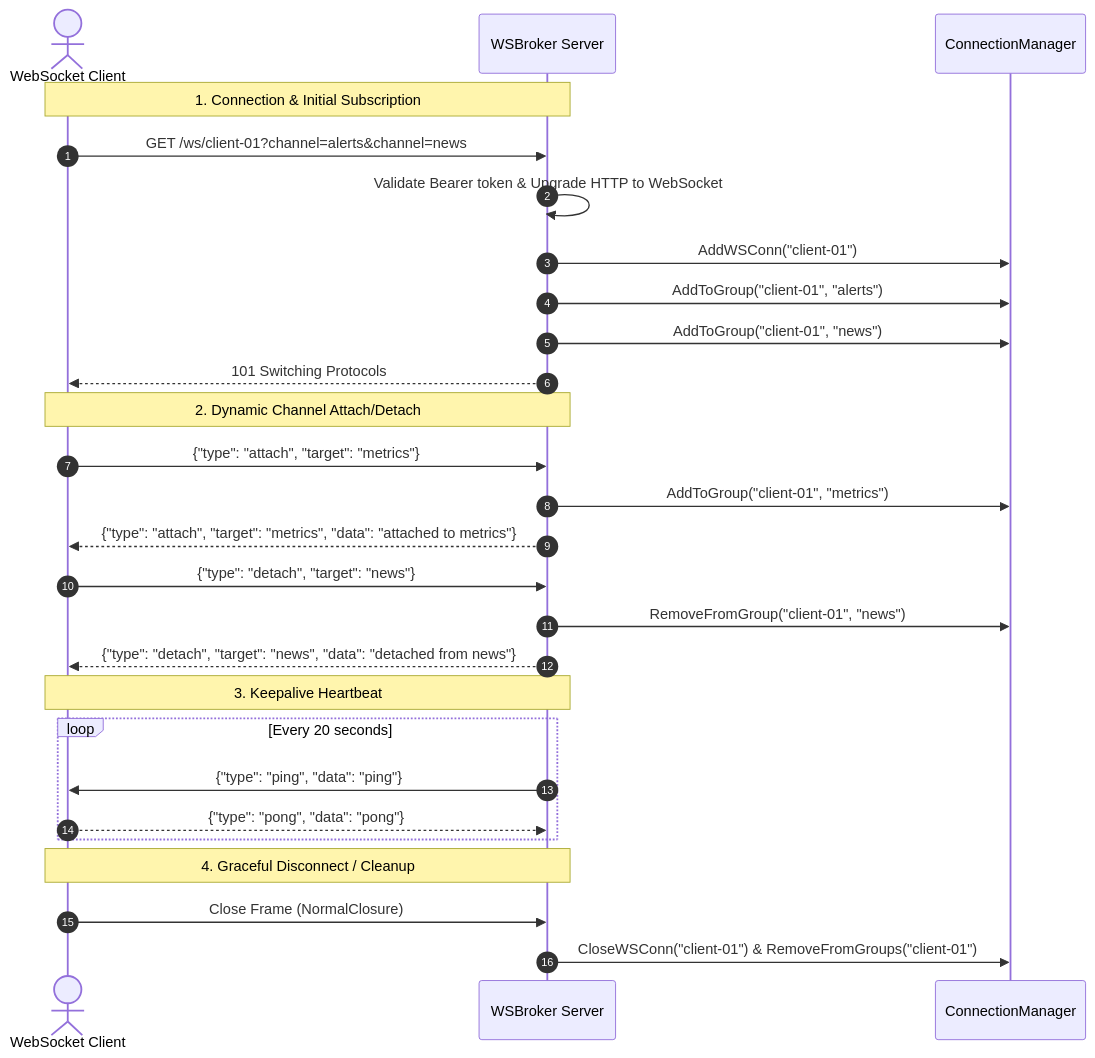
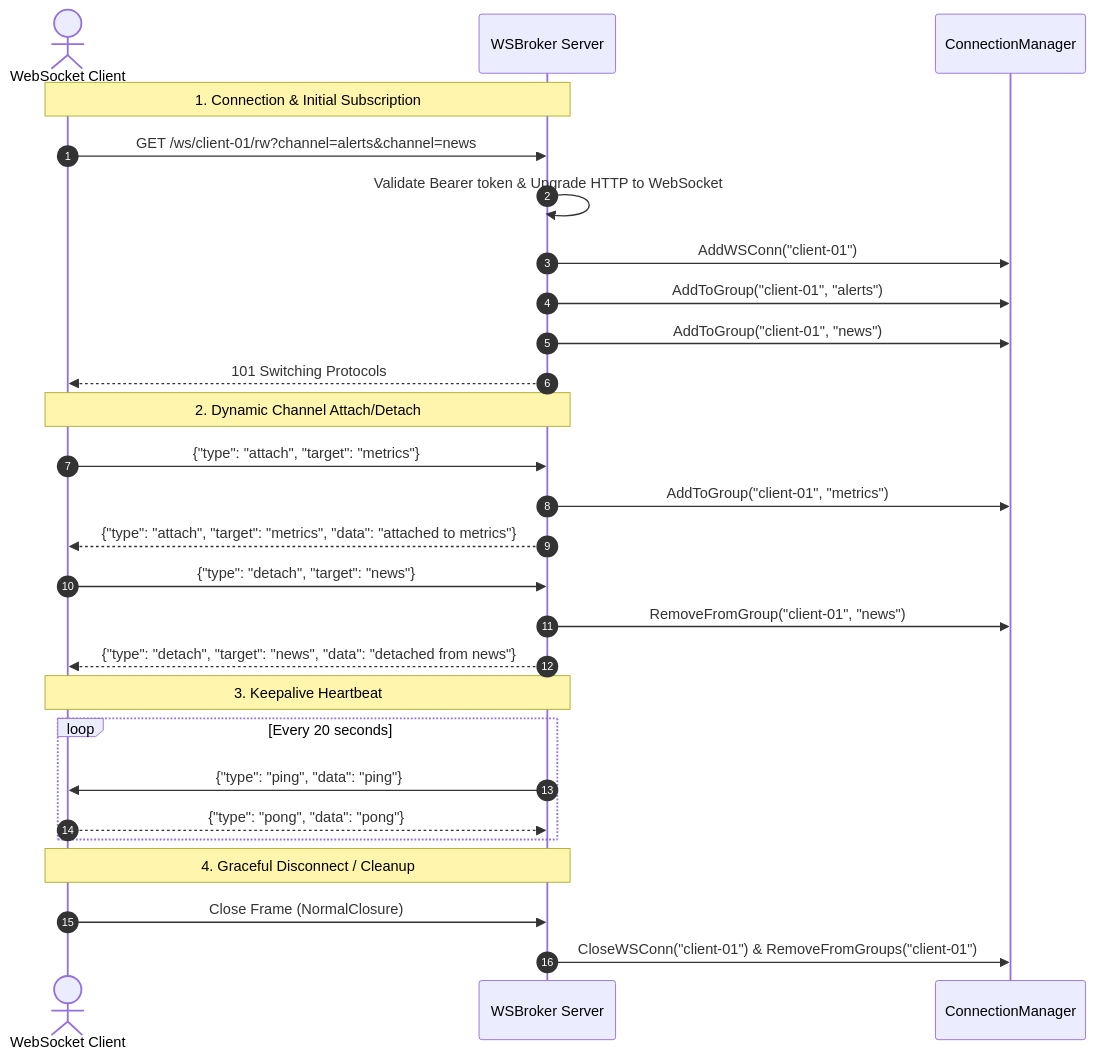
One commit to je4/wsbroker changed the third of 4 diagrams in README.md. Above: the diagram before and after it, drawn with Mermaid. The commit also changed other lines of this file and 14 other files, not shown here.

````diff
--- a/README.md
+++ b/README.md
@@ -147,34 +147,34 @@
 ```mermaid
 sequenceDiagram
     autonumber
     actor Client as WebSocket Client
     participant Server as WSBroker Server
     participant CM as ConnectionManager
 
     Note over Client,Server: 1. Connection & Initial Subscription
-    Client->>Server: GET /ws/client-01?channel=alerts&channel=news
+    Client->>Server: GET /ws/client-01/rw?channel=alerts&channel=news
     Server->>Server: Validate Bearer token & Upgrade HTTP to WebSocket
     Server->>CM: AddWSConn("client-01")
     Server->>CM: AddToGroup("client-01", "alerts")
     Server->>CM: AddToGroup("client-01", "news")
     Server-->>Client: 101 Switching Protocols
 
     Note over Client,Server: 2. Dynamic Channel Attach/Detach
     Client->>Server: {"type": "attach", "target": "metrics"}
     Server->>CM: AddToGroup("client-01", "metrics")
     Server-->>Client: {"type": "attach", "target": "metrics", "data": "attached to metrics"}
 
     Client->>Server: {"type": "detach", "target": "news"}
     Server->>CM: RemoveFromGroup("client-01", "news")
     Server-->>Client: {"type": "detach", "target": "news", "data": "detached from news"}
 
     Note over Client,Server: 3. Keepalive Heartbeat
     loop Every 20 seconds
         Server->>Client: {"type": "ping", "data": "ping"}
         Client-->>Server: {"type": "pong", "data": "pong"}
     end
 
     Note over Client,Server: 4. Graceful Disconnect / Cleanup
     Client->>Server: Close Frame (NormalClosure)
     Server->>CM: CloseWSConn("client-01") & RemoveFromGroups("client-01")
 ```
````
